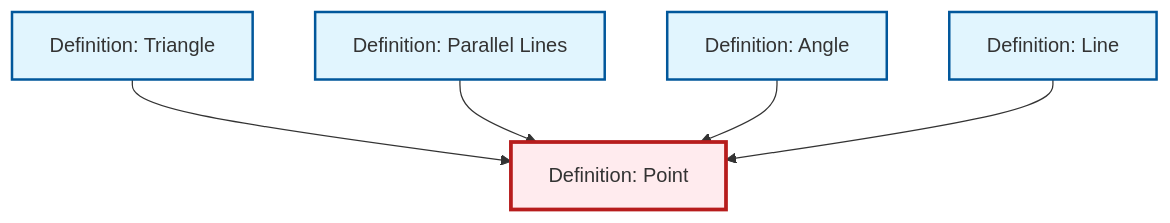
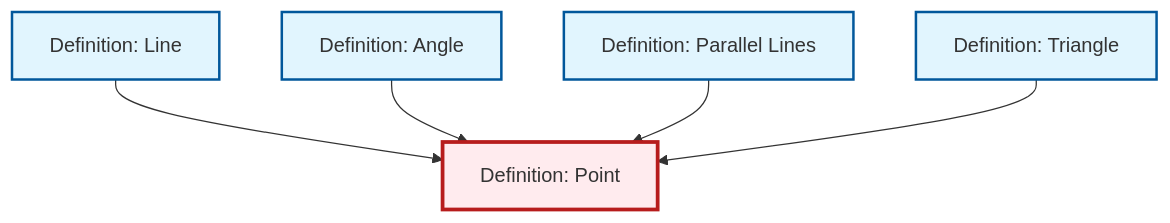
The diagram in content/ja/geometry/def-point.qmd (RK0429/ModernMath), drawn with Mermaid before and after one commit. The commit also changed other lines of this file and 474 other files, not shown here.

````diff
--- a/content/ja/geometry/def-point.qmd
+++ b/content/ja/geometry/def-point.qmd
@@ -40,23 +40,23 @@
 ```{mermaid}
 %%| fig-cap: "Local dependency graph"
 graph TD
     classDef definition fill:#e1f5fe,stroke:#01579b,stroke-width:2px
     classDef theorem fill:#f3e5f5,stroke:#4a148c,stroke-width:2px
     classDef axiom fill:#fff3e0,stroke:#e65100,stroke-width:2px
     classDef example fill:#e8f5e9,stroke:#1b5e20,stroke-width:2px
     classDef current fill:#ffebee,stroke:#b71c1c,stroke-width:3px
+    def-triangle["Definition: Triangle"]:::definition
+    def-point["Definition: Point"]:::definition
     def-line["Definition: Line"]:::definition
-    def-triangle["Definition: Triangle"]:::definition
+    def-parallel["Definition: Parallel Lines"]:::definition
     def-angle["Definition: Angle"]:::definition
-    def-parallel["Definition: Parallel Lines"]:::definition
-    def-point["Definition: Point"]:::definition
+    def-line --> def-point
+    def-angle --> def-point
+    def-parallel --> def-point
     def-triangle --> def-point
-    def-parallel --> def-point
-    def-angle --> def-point
-    def-line --> def-point
     class def-point current
+    click def-triangle "def-triangle.html" "Definition: Triangleへ"
     click def-line "def-line.html" "Definition: Lineへ"
-    click def-triangle "def-triangle.html" "Definition: Triangleへ"
+    click def-parallel "def-parallel.html" "Definition: Parallel Linesへ"
     click def-angle "def-angle.html" "Definition: Angleへ"
-    click def-parallel "def-parallel.html" "Definition: Parallel Linesへ"
 ```
````
